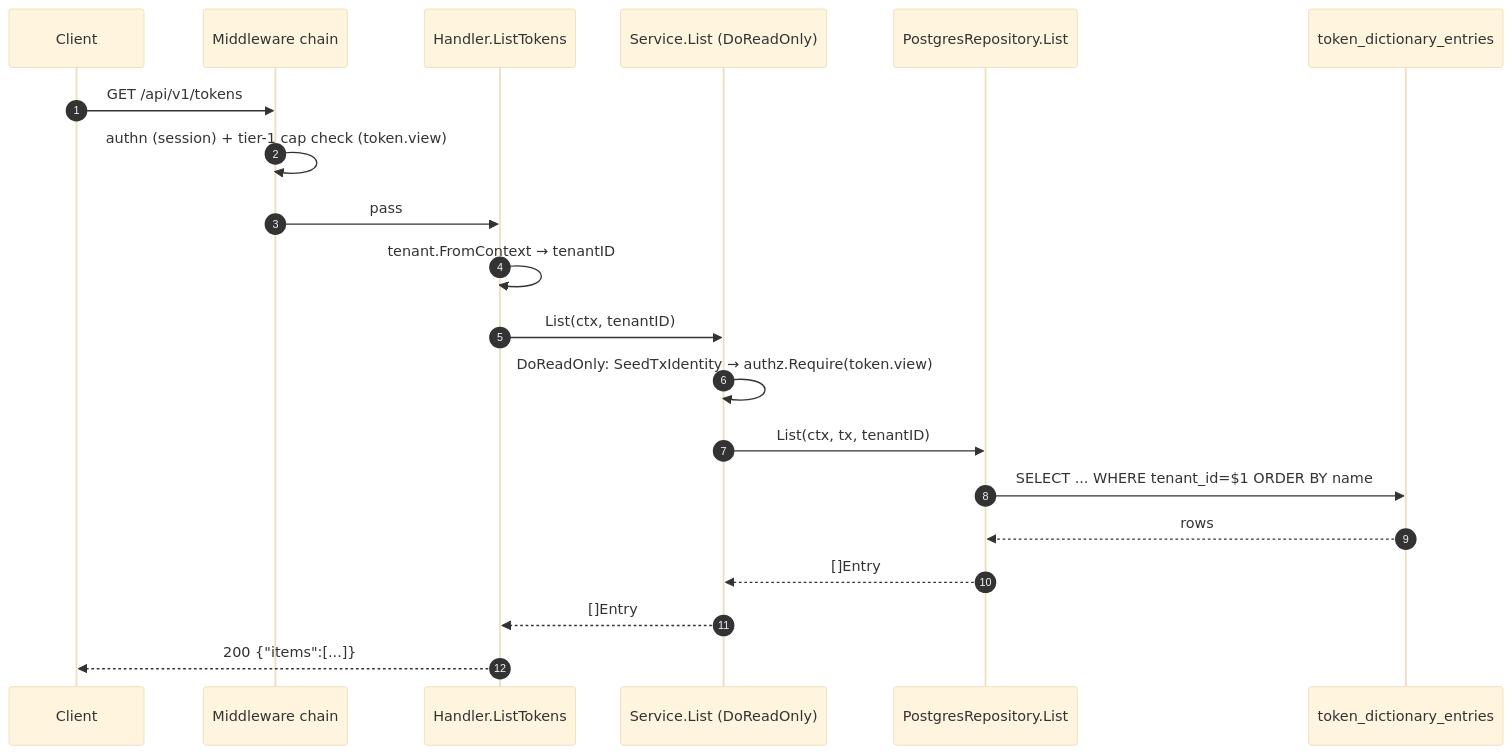
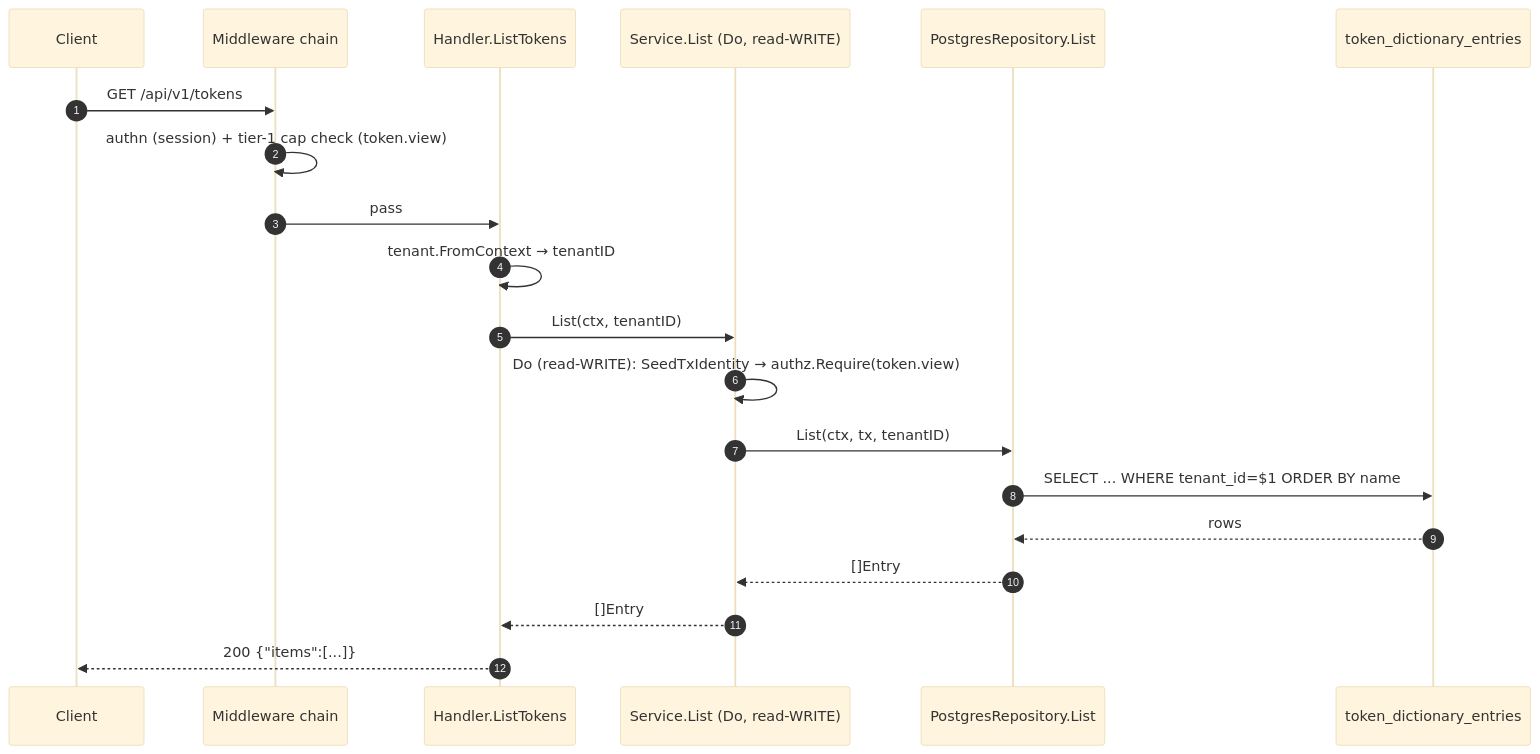
One commit to developmentconexus-ops/MetalDocs changed the third of 5 diagrams in wiki/modules/tokens.md. Above: the diagram before and after it, drawn with Mermaid (base theme). The commit also changed other lines of this file and 10 other files, not shown here.

First line of the commit message:
fix(authz): authz.Require may INSERT bypass audit — ban DoReadOnly on gated paths

````diff
--- a/wiki/modules/tokens.md
+++ b/wiki/modules/tokens.md
@@ -184,23 +184,23 @@
 ```mermaid
 sequenceDiagram
     autonumber
     participant C as Client
     participant M as Middleware chain
     participant H as Handler.ListTokens
-    participant S as Service.List (DoReadOnly)
+    participant S as Service.List (Do, read-WRITE)
     participant R as PostgresRepository.List
     participant DB as token_dictionary_entries
 
     C->>M: GET /api/v1/tokens
     M->>M: authn (session) + tier-1 cap check (token.view)
     M->>H: pass
     H->>H: tenant.FromContext → tenantID
     H->>S: List(ctx, tenantID)
-    S->>S: DoReadOnly: SeedTxIdentity → authz.Require(token.view)
+    S->>S: Do (read-WRITE): SeedTxIdentity → authz.Require(token.view)
     S->>R: List(ctx, tx, tenantID)
     R->>DB: SELECT ... WHERE tenant_id=$1 ORDER BY name
     DB-->>R: rows
     R-->>S: []Entry
     S-->>H: []Entry
     H-->>C: 200 {"items":[...]}
 ```
````
